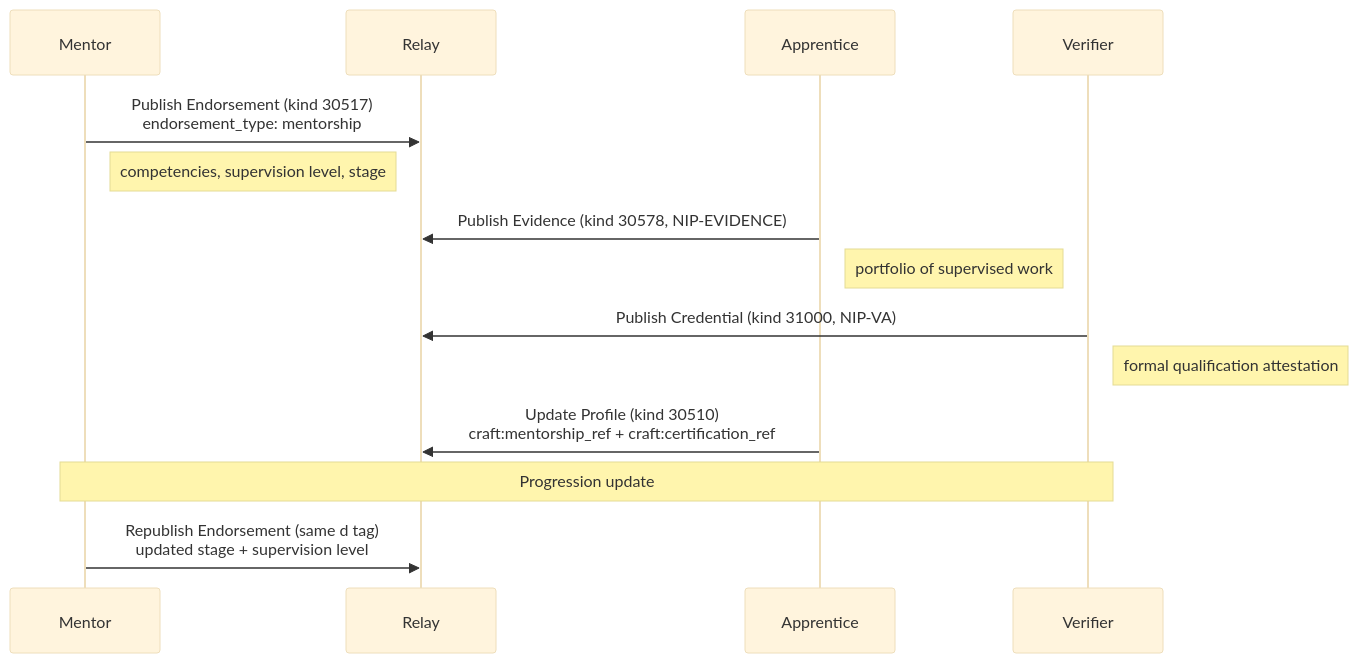
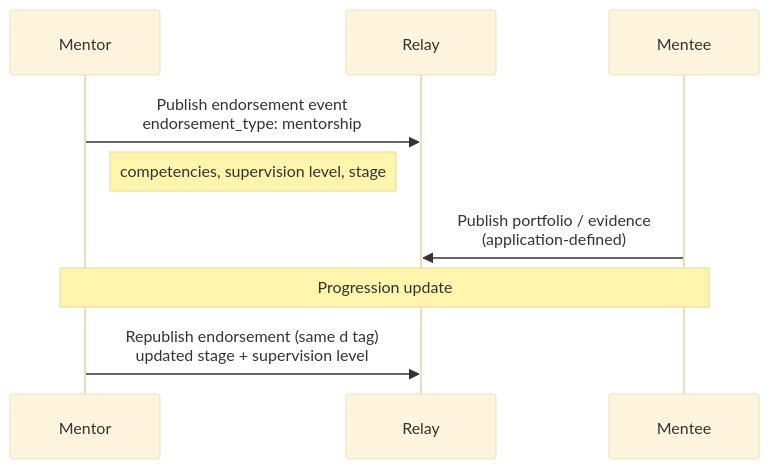
The diagram in nips/NIP-MENTORSHIP.md (forgesworn/nip-drafts), drawn with Mermaid (base theme) before and after one commit. The commit also changed other lines of this file and 26 other files, not shown here.

````diff
--- a/nips/NIP-MENTORSHIP.md
+++ b/nips/NIP-MENTORSHIP.md
@@ -141,20 +164,14 @@
 ```mermaid
 sequenceDiagram
     participant Mentor
     participant Relay
-    participant Apprentice
-    participant Verifier
+    participant Mentee
 
-    Mentor->>Relay: Publish Endorsement (kind 30517)<br/>endorsement_type: mentorship
+    Mentor->>Relay: Publish endorsement event<br/>endorsement_type: mentorship
     Note right of Mentor: competencies, supervision level, stage
 
-    Apprentice->>Relay: Publish Evidence (kind 30578, NIP-EVIDENCE)
-    Note right of Apprentice: portfolio of supervised work
+    Mentee->>Relay: Publish portfolio / evidence<br/>(application-defined)
 
-    Verifier->>Relay: Publish Credential (kind 31000, NIP-VA)
-    Note right of Verifier: formal qualification attestation
-
-    Apprentice->>Relay: Update Profile (kind 30510)<br/>craft:mentorship_ref + craft:certification_ref
-    Note over Mentor,Verifier: Progression update
-    Mentor->>Relay: Republish Endorsement (same d tag)<br/>updated stage + supervision level
+    Note over Mentor,Mentee: Progression update
+    Mentor->>Relay: Republish endorsement (same d tag)<br/>updated stage + supervision level
 ```
````
